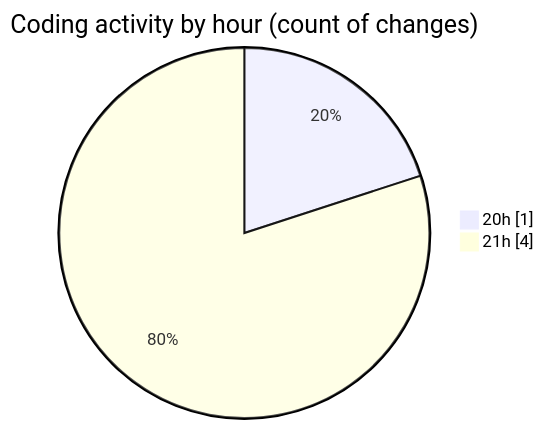
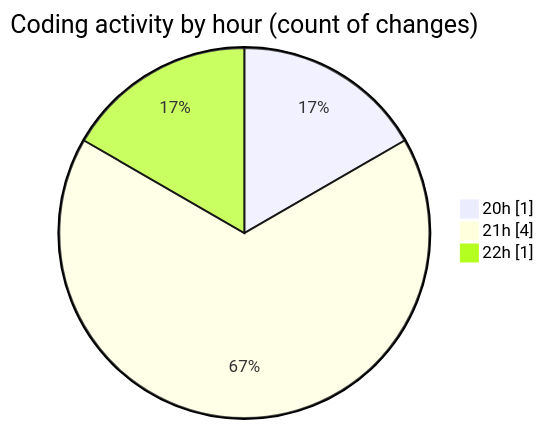
The second of 2 diagrams in 2025-02-06/portofolio/README.md (donsfak/code-tracking), drawn with Mermaid before and after one commit. The commit also changed other lines of this file and 1 other file, not shown here.

````diff
--- a/2025-02-06/portofolio/README.md
+++ b/2025-02-06/portofolio/README.md
@@ -34,6 +34,7 @@
 ```mermaid
 pie showData
 title Coding activity by hour (count of changes)
 "20h" : 1
 "21h" : 4
+"22h" : 1
 ```
````
